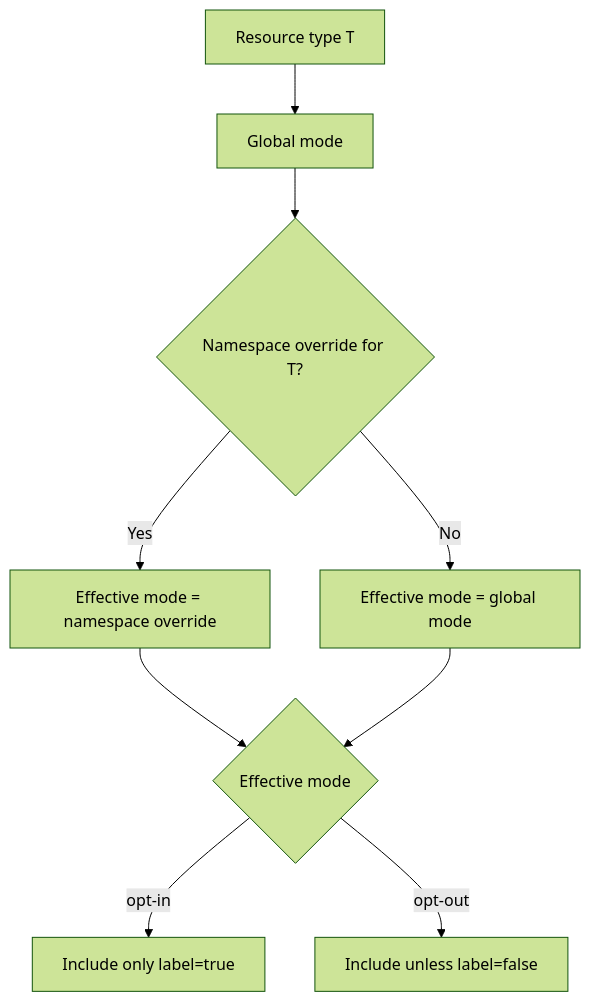
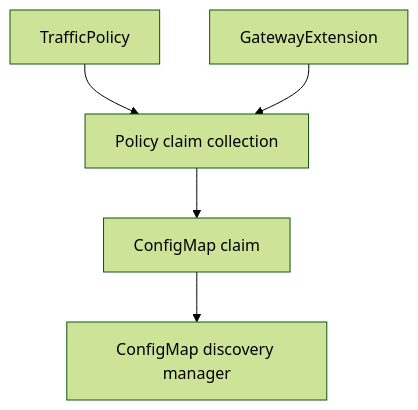
Before and after one commit to eqinedipon/kgateway: the first of 2 diagrams in design/13786-resource-discovery-scoping.md, drawn with Mermaid (forest theme). The commit also changed other lines of this file, not shown here.

First line of the commit message:
Rewrite design doc for reference-driven discovery

````diff
--- a/design/13786-resource-discovery-scoping.md
+++ b/design/13786-resource-discovery-scoping.md
@@ -163,11 +177,7 @@
 ```mermaid
 flowchart TD
-    A[Resource type T] --> B[Global mode]
-    B --> C{Namespace override for T?}
-    C -->|Yes| D[Effective mode = namespace override]
-    C -->|No| E[Effective mode = global mode]
-    D --> F{Effective mode}
-    E --> F
-    F -->|opt-in| G[Include only label=true]
-    F -->|opt-out| H[Include unless label=false]
+    A[TrafficPolicy] --> B[Policy claim collection]
+    E[GatewayExtension] --> B
+    B --> C[ConfigMap claim]
+    C --> D[ConfigMap discovery manager]
 ```
````
